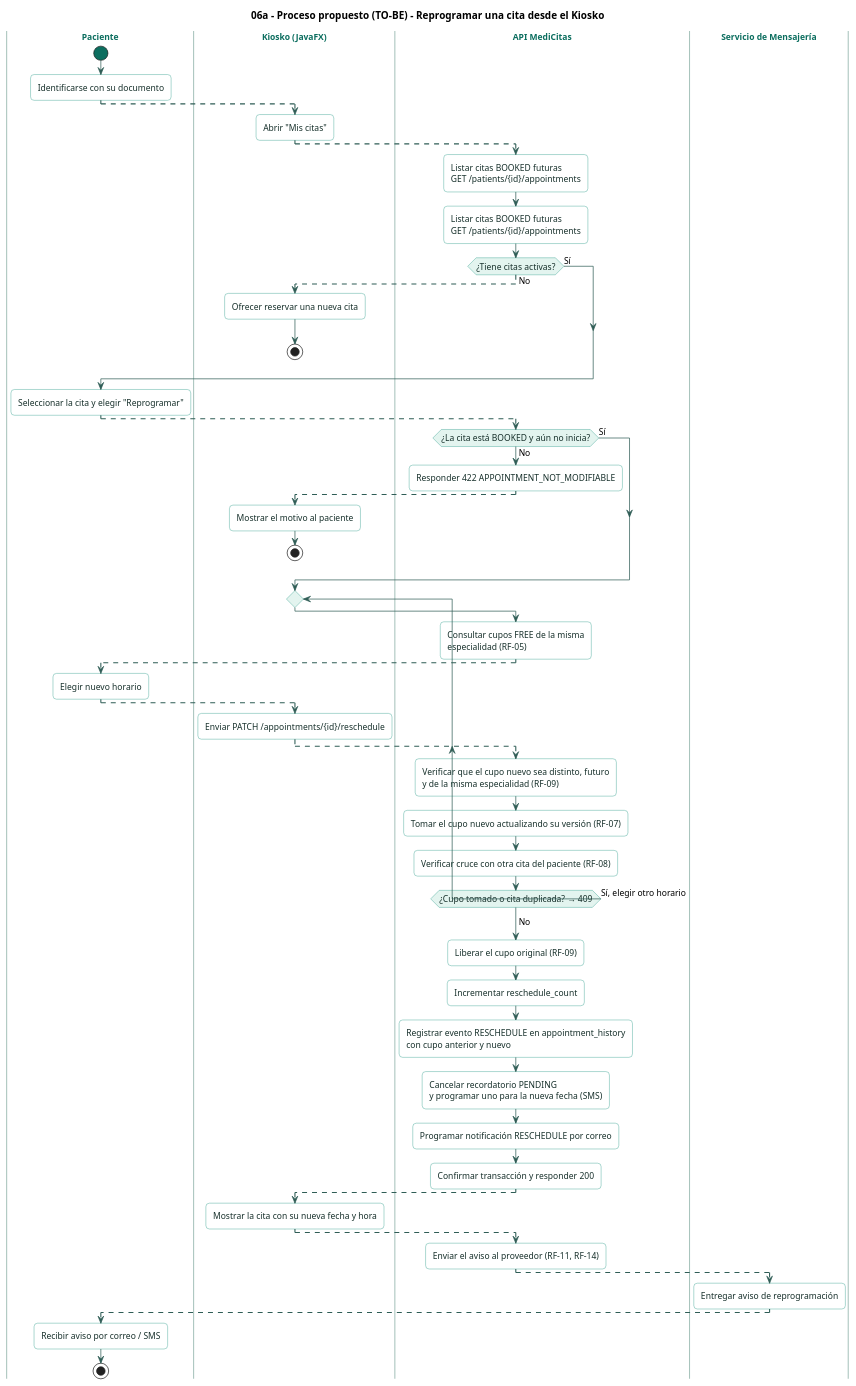
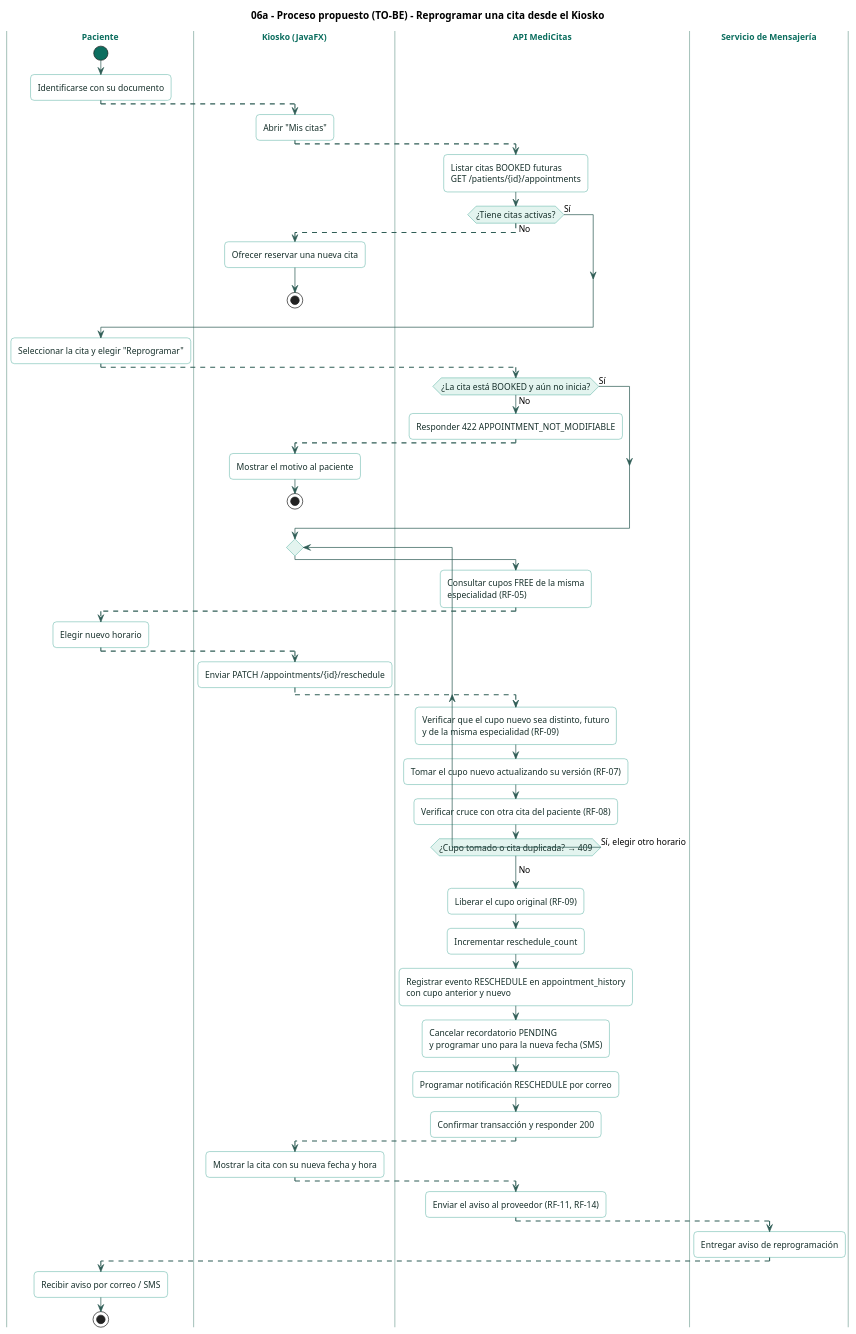
One commit to Jimena-CC/ProyectoCitasMedicas changed the diagram in docs/diagrams/06-process-reschedule.puml. Above: the diagram before and after it, drawn with PlantUML. The commit also changed 269 other files, not shown here.

```diff
--- a/docs/diagrams/06-process-reschedule.puml
+++ b/docs/diagrams/06-process-reschedule.puml
@@ -1,117 +1,109 @@
 @startuml
 title 06a - Proceso propuesto (TO-BE) - Reprogramar una cita desde el Kiosko
 
 skinparam shadowing false
 skinparam roundCorner 10
 skinparam defaultFontName "Helvetica"
 skinparam defaultFontSize 12
 skinparam ArrowColor #2F5D56
 skinparam SwimlaneBorderColor #A9C4BD
 skinparam SwimlaneTitleFontColor #0C6E5F
 skinparam SwimlaneTitleFontStyle bold
 skinparam activity {
   BackgroundColor #FFFFFF
   BorderColor #13917D
   FontColor #17302B
   DiamondBackgroundColor #E3F4EF
   DiamondBorderColor #13917D
   StartColor #0C6E5F
   EndColor #0C6E5F
 }
 skinparam note {
   BackgroundColor #FFF8E6
   BorderColor #D9B45A
   FontColor #3D3321
 }
 
 ' Orden de los carriles
 |Paciente|
 |Kiosko (JavaFX)|
 |API MediCitas|
 |Servicio de Mensajería|
 
 |Paciente|
 start
 :Identificarse con su documento;
 -[#2F5D56,dashed]->
--[#2F5D56,dashed]->
 
 |Kiosko (JavaFX)|
 :Abrir "Mis citas";
 -[#2F5D56,dashed]->
--[#2F5D56,dashed]->
 
 |API MediCitas|
 :Listar citas BOOKED futuras\nGET /patients/{id}/appointments;
-:Listar citas BOOKED futuras\nGET /patients/{id}/appointments;
 
 if (¿Tiene citas activas?) then (No)
-  -[#2F5D56,dashed]->
   -[#2F5D56,dashed]->
   |Kiosko (JavaFX)|
   :Ofrecer reservar una nueva cita;
   stop
 else (Sí)
 endif
--[#2F5D56,dashed]->
 -[#2F5D56,dashed]->
 
 |Paciente|
 :Seleccionar la cita y elegir "Reprogramar";
 -[#2F5D56,dashed]->
 
 |API MediCitas|
 if (¿La cita está BOOKED y aún no inicia?) then (No)
   :Responder 422 APPOINTMENT_NOT_MODIFIABLE;
   -[#2F5D56,dashed]->
   |Kiosko (JavaFX)|
   :Mostrar el motivo al paciente;
   stop
 else (Sí)
 endif
 
 repeat
   |API MediCitas|
   :Consultar cupos FREE de la misma\nespecialidad (RF-05);
   -[#2F5D56,dashed]->
   |Paciente|
   :Elegir nuevo horario;
   -[#2F5D56,dashed]->
-  -[#2F5D56,dashed]->
   |Kiosko (JavaFX)|
   :Enviar PATCH /appointments/{id}/reschedule;
-  -[#2F5D56,dashed]->
   -[#2F5D56,dashed]->
   |API MediCitas|
   :Verificar que el cupo nuevo sea distinto, futuro\ny de la misma especialidad (RF-09);
   :Tomar el cupo nuevo actualizando su versión (RF-07);
   :Verificar cruce con otra cita del paciente (RF-08);
 repeat while (¿Cupo tomado o cita duplicada? → 409) is (Sí, elegir otro horario)
 ->No;
 
 :Liberar el cupo original (RF-09);
 :Incrementar reschedule_count;
 :Registrar evento RESCHEDULE en appointment_history\ncon cupo anterior y nuevo;
 :Cancelar recordatorio PENDING\ny programar uno para la nueva fecha (SMS);
 :Programar notificación RESCHEDULE por correo;
 :Confirmar transacción y responder 200;
 -[#2F5D56,dashed]->
 
 |Kiosko (JavaFX)|
 :Mostrar la cita con su nueva fecha y hora;
 -[#2F5D56,dashed]->
 
 |API MediCitas|
 :Enviar el aviso al proveedor (RF-11, RF-14);
 -[#2F5D56,dashed]->
 
 |Servicio de Mensajería|
 :Entregar aviso de reprogramación;
 -[#2F5D56,dashed]->
--[#2F5D56,dashed]->
 
 |Paciente|
 :Recibir aviso por correo / SMS;
 stop
 
 @enduml
```
